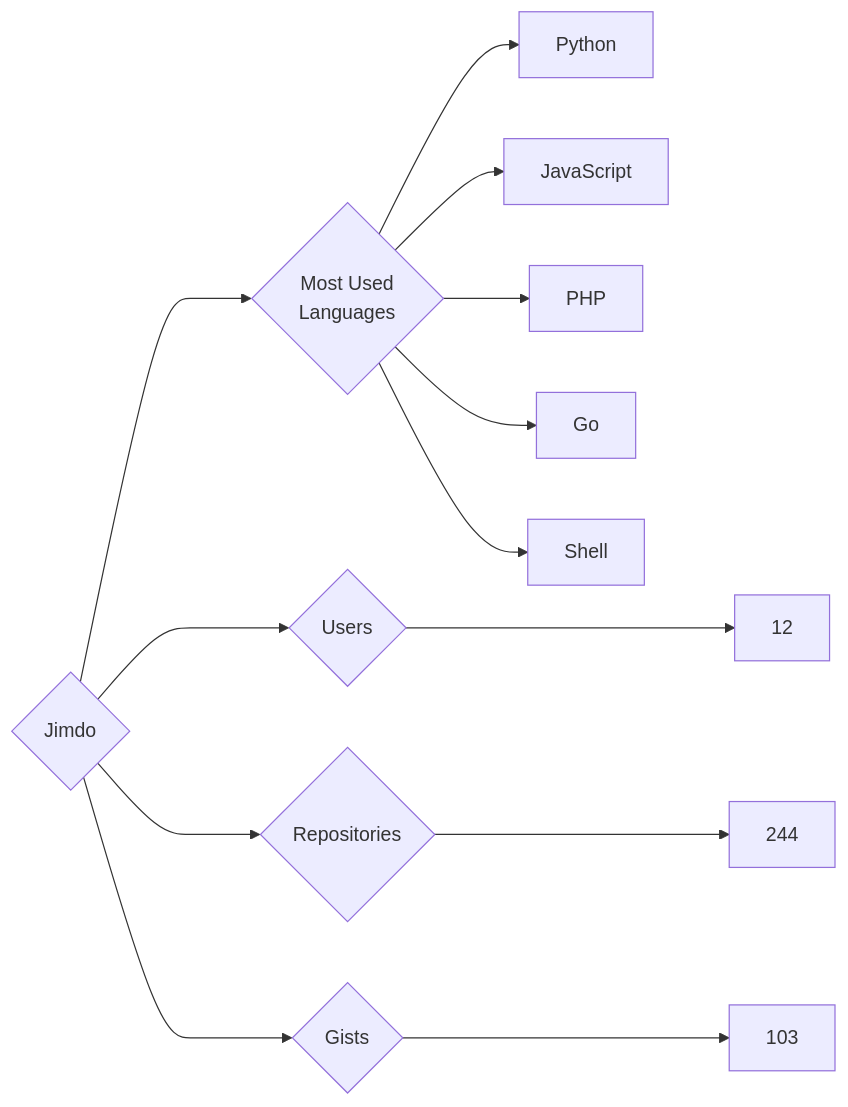
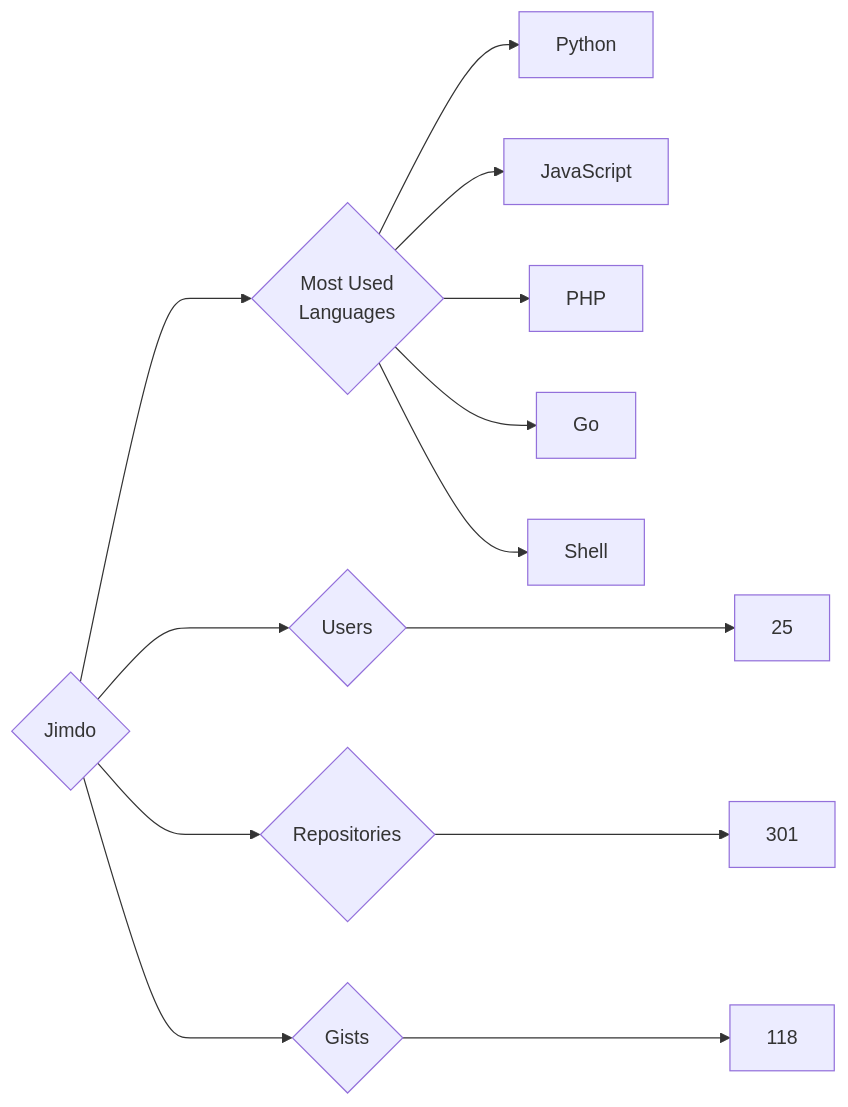
The diagram in targets/Jimdo/README.md (trickest/insiders), drawn with Mermaid before and after one commit. The commit also changed 934 other files, not shown here.

````diff
--- a/targets/Jimdo/README.md
+++ b/targets/Jimdo/README.md
@@ -3,13 +3,13 @@
 ```mermaid
 graph LR
 COMPANY_NAME{Jimdo}
-COMPANY_NAME ---> U{Users} ---> UN[12]
-COMPANY_NAME ---> R{Repositories} ---> RN[244]
-COMPANY_NAME ---> G{Gists} ---> GN[103]
+COMPANY_NAME ---> U{Users} ---> UN[25]
+COMPANY_NAME ---> R{Repositories} ---> RN[301]
+COMPANY_NAME ---> G{Gists} ---> GN[118]
 COMPANY_NAME ---> ML{Most Used<br>Languages}
 ML --> Python[Python]
 ML --> JavaScript[JavaScript]
 ML --> PHP[PHP]
 ML --> Go[Go]
 ML --> Shell[Shell]
 ```
````
